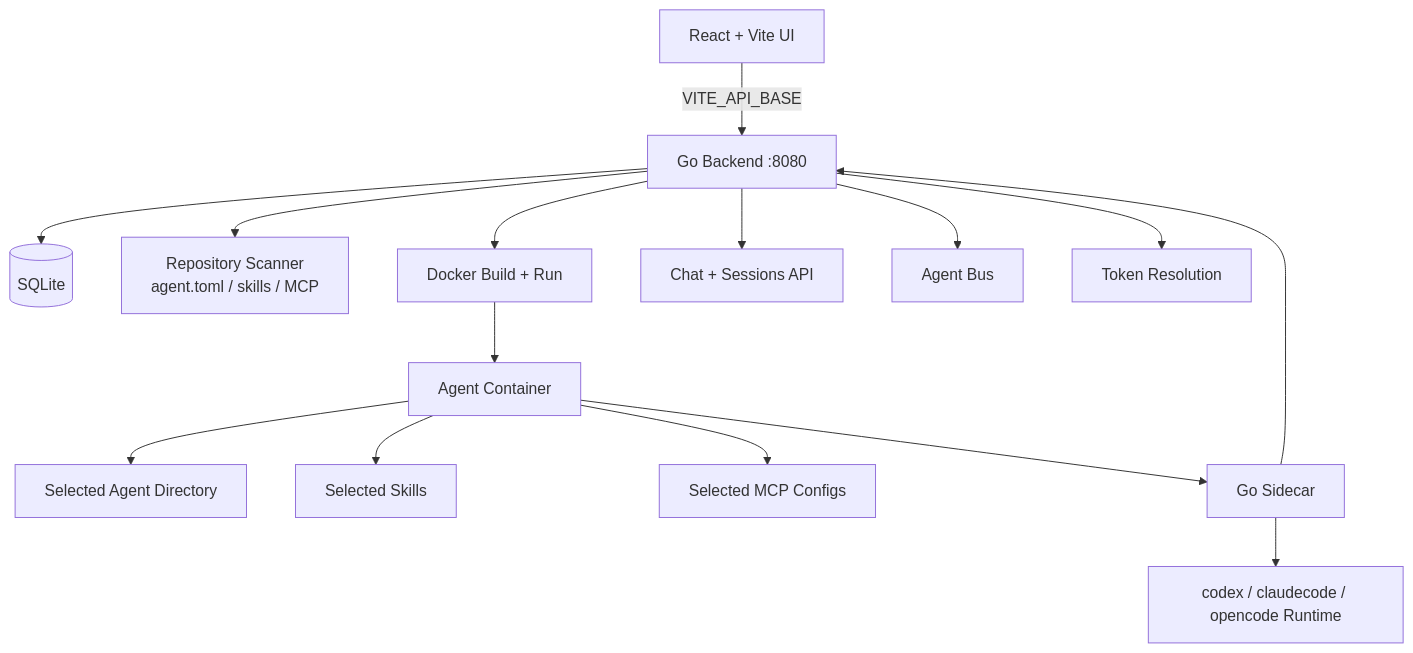
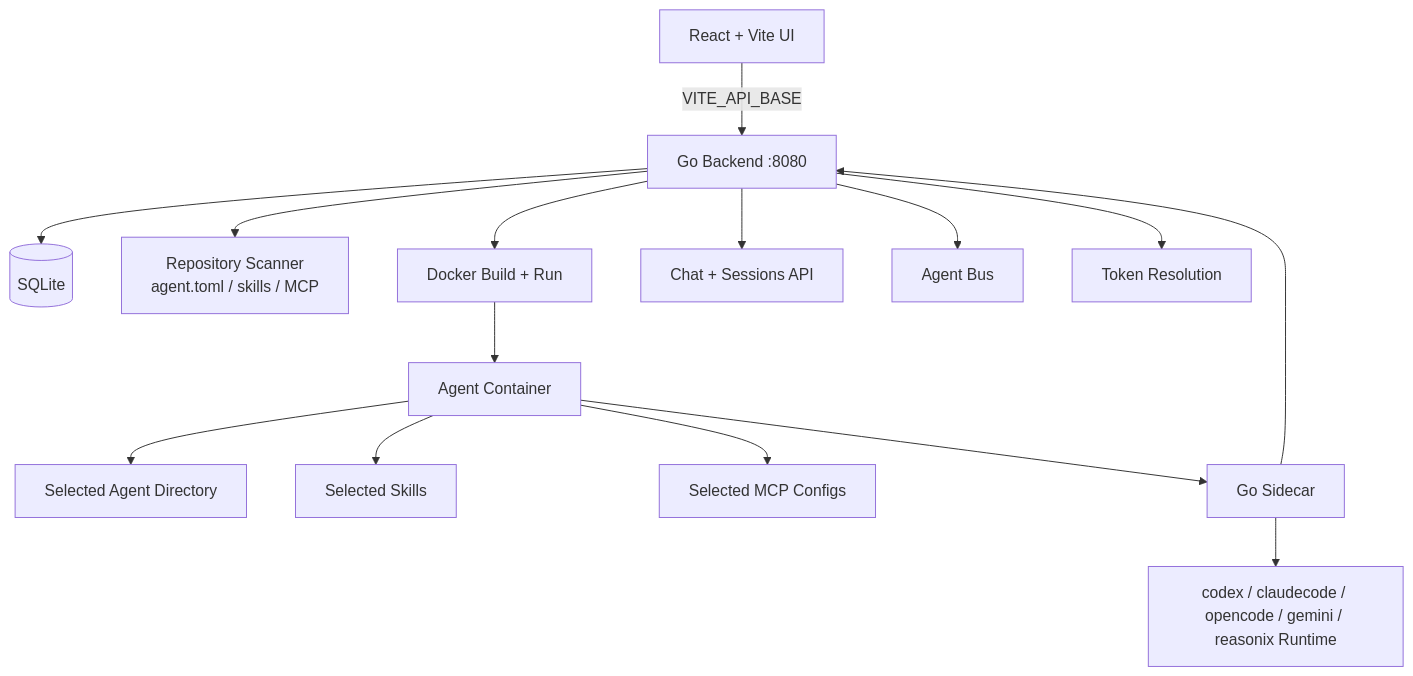
Before and after one commit to mudern/agentbucket: the diagram in README.md, drawn with Mermaid. The commit also changed other lines of this file and 23 other files, not shown here.

````diff
--- a/README.md
+++ b/README.md
@@ -50,19 +50,19 @@
 ```mermaid
 flowchart TD
   UI["React + Vite UI"] -->|VITE_API_BASE| API["Go Backend :8080"]
 
   API --> DB[("SQLite")]
   API --> Scan["Repository Scanner<br/>agent.toml / skills / MCP"]
   API --> Docker["Docker Build + Run"]
   API --> Chat["Chat + Sessions API"]
   API --> Bus["Agent Bus"]
   API --> Tokens["Token Resolution"]
 
   Docker --> Container["Agent Container"]
   Container --> Agent["Selected Agent Directory"]
   Container --> Skills["Selected Skills"]
   Container --> MCP["Selected MCP Configs"]
   Container --> Sidecar["Go Sidecar"]
-  Sidecar --> Runtime["codex / claudecode / opencode Runtime"]
+  Sidecar --> Runtime["codex / claudecode / opencode / gemini / reasonix Runtime"]
   Sidecar --> API
 ```
````
